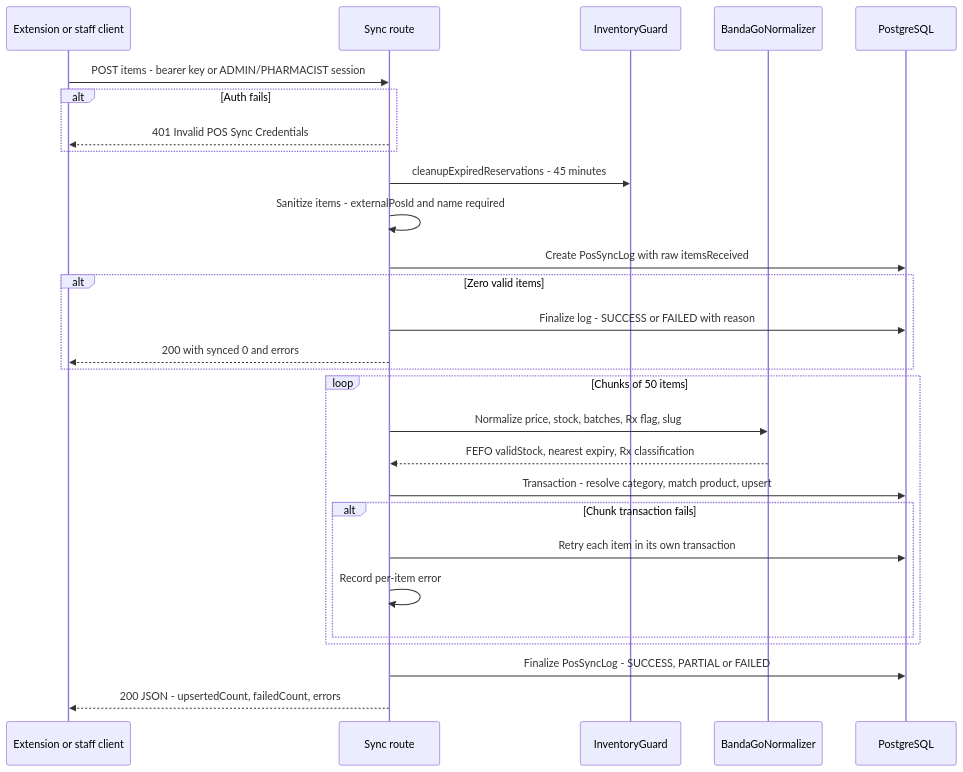
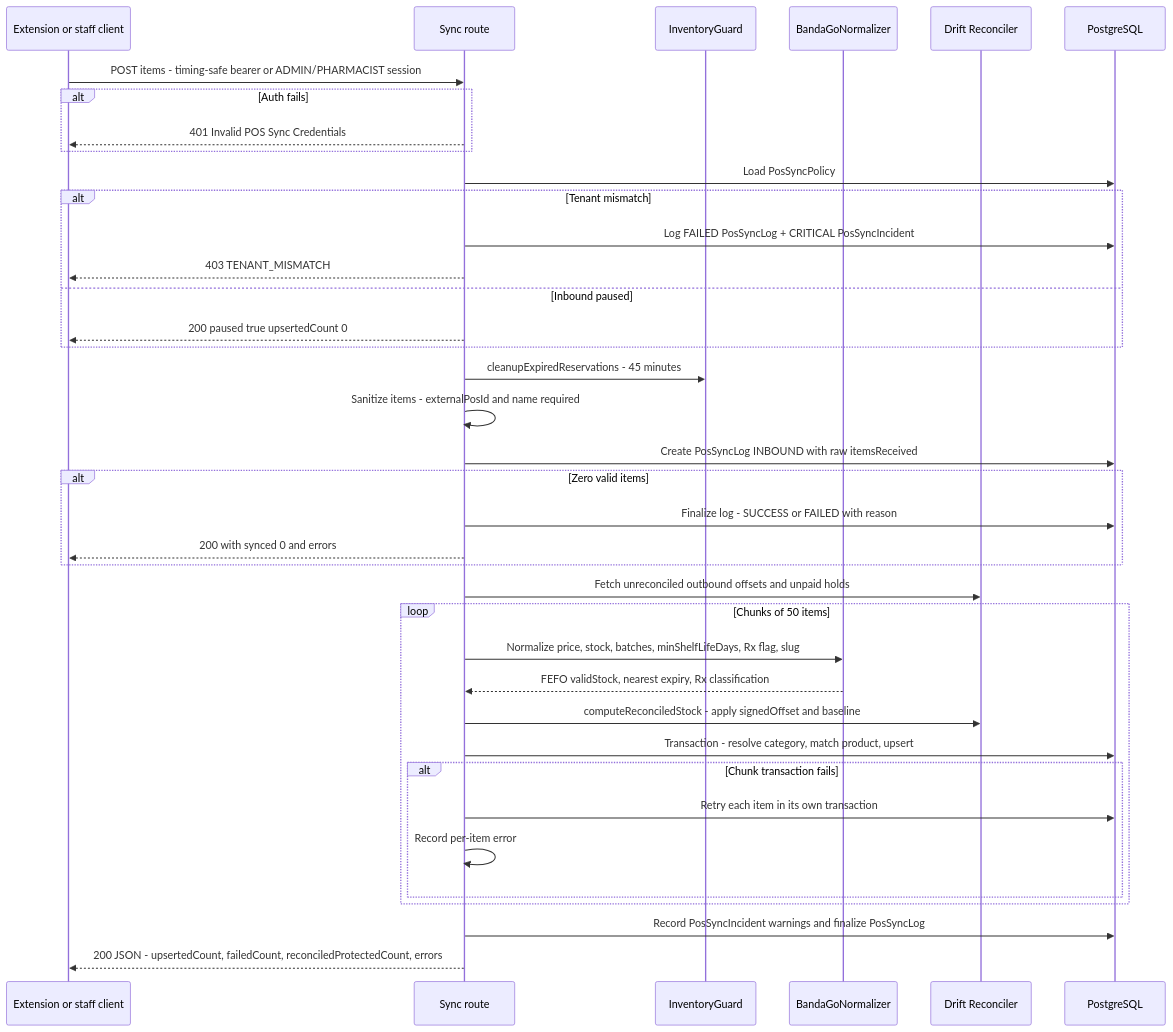
One commit to Elvinoacer/sphere_pharmacy changed the diagram in docs/journeys/system/bandago-inventory-sync.md. Above: the diagram before and after it, drawn with Mermaid. The commit also changed other lines of this file and 47 other files, not shown here.

````diff
--- a/docs/journeys/system/bandago-inventory-sync.md
+++ b/docs/journeys/system/bandago-inventory-sync.md
@@ -38,30 +38,40 @@
 ```mermaid
 sequenceDiagram
     participant E as Extension or staff client
     participant A as Sync route
     participant G as InventoryGuard
     participant N as BandaGoNormalizer
+    participant R as Drift Reconciler
     participant D as PostgreSQL
-    E->>A: POST items - bearer key or ADMIN/PHARMACIST session
+    E->>A: POST items - timing-safe bearer or ADMIN/PHARMACIST session
     alt Auth fails
         A-->>E: 401 Invalid POS Sync Credentials
     end
+    A->>D: Load PosSyncPolicy
+    alt Tenant mismatch
+        A->>D: Log FAILED PosSyncLog + CRITICAL PosSyncIncident
+        A-->>E: 403 TENANT_MISMATCH
+    else Inbound paused
+        A-->>E: 200 paused true upsertedCount 0
+    end
     A->>G: cleanupExpiredReservations - 45 minutes
     A->>A: Sanitize items - externalPosId and name required
-    A->>D: Create PosSyncLog with raw itemsReceived
+    A->>D: Create PosSyncLog INBOUND with raw itemsReceived
     alt Zero valid items
         A->>D: Finalize log - SUCCESS or FAILED with reason
         A-->>E: 200 with synced 0 and errors
     end
+    A->>R: Fetch unreconciled outbound offsets and unpaid holds
     loop Chunks of 50 items
-        A->>N: Normalize price, stock, batches, Rx flag, slug
+        A->>N: Normalize price, stock, batches, minShelfLifeDays, Rx flag, slug
         N-->>A: FEFO validStock, nearest expiry, Rx classification
+        A->>R: computeReconciledStock - apply signedOffset and baseline
         A->>D: Transaction - resolve category, match product, upsert
         alt Chunk transaction fails
             A->>D: Retry each item in its own transaction
             A->>A: Record per-item error
         end
     end
-    A->>D: Finalize PosSyncLog - SUCCESS, PARTIAL or FAILED
-    A-->>E: 200 JSON - upsertedCount, failedCount, errors
+    A->>D: Record PosSyncIncident warnings and finalize PosSyncLog
+    A-->>E: 200 JSON - upsertedCount, failedCount, reconciledProtectedCount, errors
 ```
````
